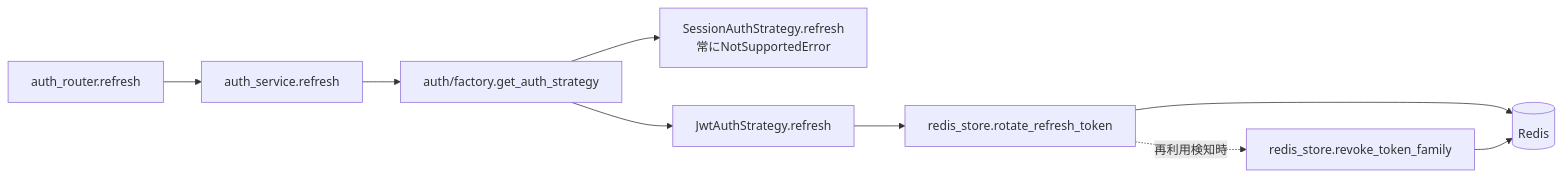
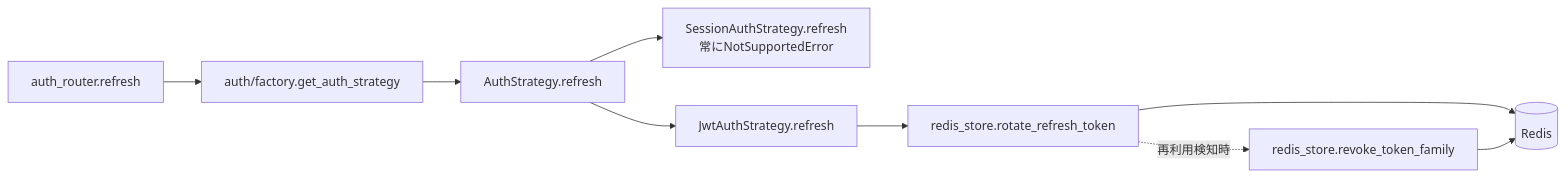
Before and after one commit to oikawa-d/task_management: the third of 4 diagrams in docs/detailed_design/api/auth/06_post_auth_refresh.md, drawn with Mermaid. The commit also changed other lines of this file, not shown here.

````diff
--- a/docs/detailed_design/api/auth/06_post_auth_refresh.md
+++ b/docs/detailed_design/api/auth/06_post_auth_refresh.md
@@ -238,11 +238,11 @@
 ```mermaid
 flowchart LR
-    R["auth_router.refresh"] --> S["auth_service.refresh"]
-    S --> FACT["auth/factory.get_auth_strategy"]
-    FACT --> SESS["SessionAuthStrategy.refresh<br/>常にNotSupportedError"]
-    FACT --> JWTS["JwtAuthStrategy.refresh"]
+    R["auth_router.refresh"] --> FACT["auth/factory.get_auth_strategy"]
+    FACT --> S["AuthStrategy.refresh"]
+    S --> SESS["SessionAuthStrategy.refresh<br/>常にNotSupportedError"]
+    S --> JWTS["JwtAuthStrategy.refresh"]
     JWTS --> RS1["redis_store.rotate_refresh_token"]
     RS1 -.->|"再利用検知時"| RS2["redis_store.revoke_token_family"]
     RS1 --> RD[("Redis")]
     RS2 --> RD
 ```
````
